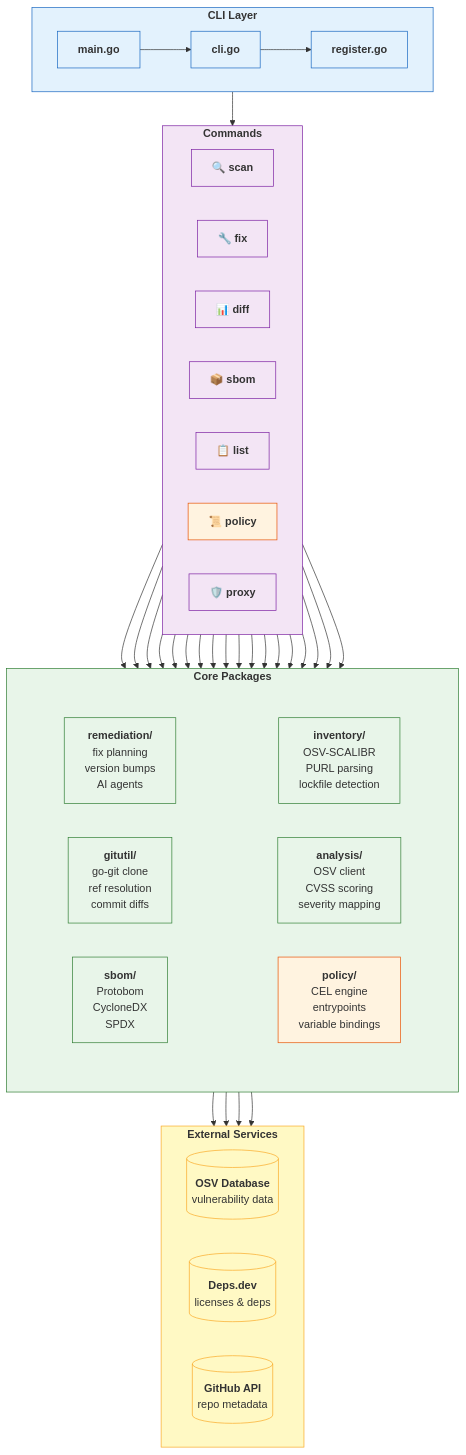
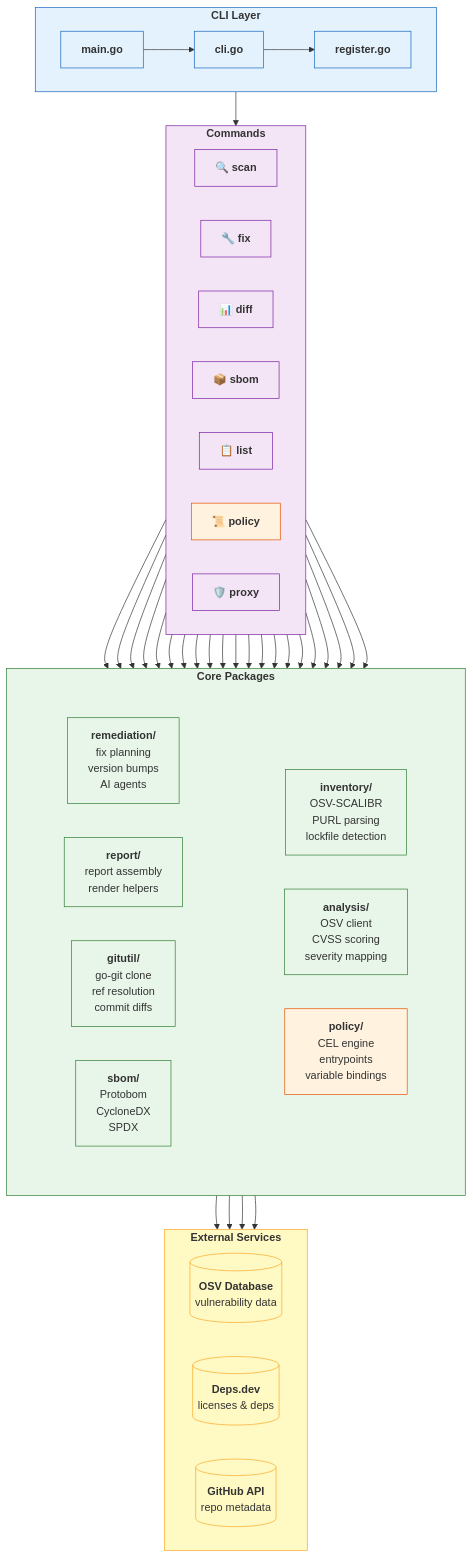
Before and after one commit to temporalio/deputy: the first of 2 diagrams in AGENTS.md, drawn with Mermaid. The commit also changed other lines of this file and 136 other files, not shown here.

````diff
--- a/AGENTS.md
+++ b/AGENTS.md
@@ -7,71 +7,73 @@
 ```mermaid
 flowchart TB
     subgraph CLI["<b>CLI Layer</b>"]
         direction LR
         main["<b>main.go</b>"] --> cli["<b>cli.go</b>"] --> register["<b>register.go</b>"]
     end
 
     subgraph Commands["<b>Commands</b>"]
         direction LR
         scan["🔍 <b>scan</b>"]
         fix["🔧 <b>fix</b>"]
         diff["📊 <b>diff</b>"]
         sbom["📦 <b>sbom</b>"]
         list["📋 <b>list</b>"]
         policy["📜 <b>policy</b>"]
         proxy["🛡️ <b>proxy</b>"]
     end
 
     subgraph Core["<b>Core Packages</b>"]
         direction TB
         
         subgraph Row1[" "]
             direction LR
             inventory["<b>inventory/</b><br/>OSV-SCALIBR<br/>PURL parsing<br/>lockfile detection"]
             analysis["<b>analysis/</b><br/>OSV client<br/>CVSS scoring<br/>severity mapping"]
             policy_pkg["<b>policy/</b><br/>CEL engine<br/>entrypoints<br/>variable bindings"]
         end
         
         subgraph Row2[" "]
             direction LR
             remediation["<b>remediation/</b><br/>fix planning<br/>version bumps<br/>AI agents"]
+            report_pkg["<b>report/</b><br/>report assembly<br/>render helpers"]
             gitutil["<b>gitutil/</b><br/>go-git clone<br/>ref resolution<br/>commit diffs"]
             sbom_pkg["<b>sbom/</b><br/>Protobom<br/>CycloneDX<br/>SPDX"]
         end
     end
 
     subgraph External["<b>External Services</b>"]
         direction LR
         osv_db[("<b>OSV Database</b><br/>vulnerability data")]
         depsdev[("<b>Deps.dev</b><br/>licenses & deps")]
         github[("<b>GitHub API</b><br/>repo metadata")]
     end
 
     register --> Commands
     
     scan & diff --> inventory & analysis & gitutil & policy_pkg
     fix --> inventory & analysis & remediation & policy_pkg
+    scan & diff & fix --> report_pkg
     sbom --> inventory & sbom_pkg
     list --> inventory
     policy --> policy_pkg
     proxy --> policy_pkg & inventory
 
     analysis --> osv_db
     inventory --> depsdev
     sbom_pkg & gitutil --> github
 
     classDef source fill:#e3f2fd,stroke:#1565c0
     classDef process fill:#e8f5e9,stroke:#2e7d32
     classDef control fill:#fff3e0,stroke:#e65100
     classDef output fill:#f3e5f5,stroke:#7b1fa2
     classDef external fill:#fff9c4,stroke:#f9a825
 
     class CLI,main,cli,register source
     class Commands,scan,fix,diff,sbom,list,proxy output
     class policy,policy_pkg control
-    class Core,inventory,analysis,remediation,gitutil,sbom_pkg process
+    class Core,inventory,analysis,remediation,report_pkg,gitutil,sbom_pkg process
     class External,osv_db,depsdev,github external
 
     style Row1 fill:transparent,stroke:transparent
     style Row2 fill:transparent,stroke:transparent
 ```
````
